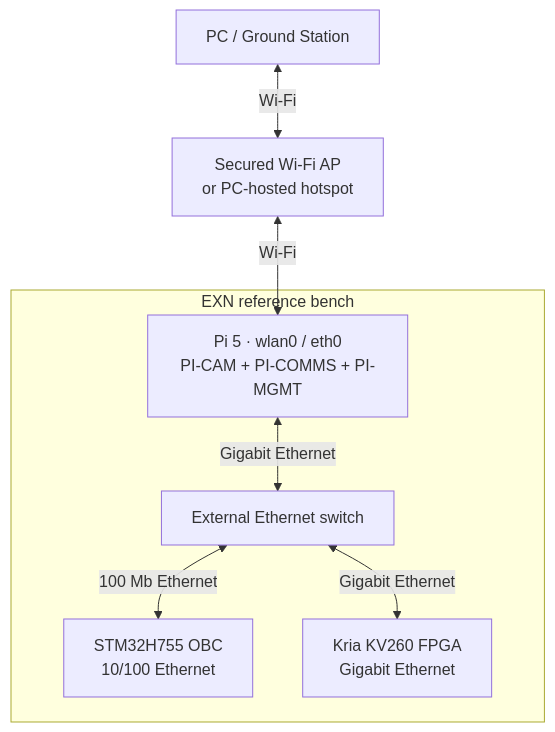
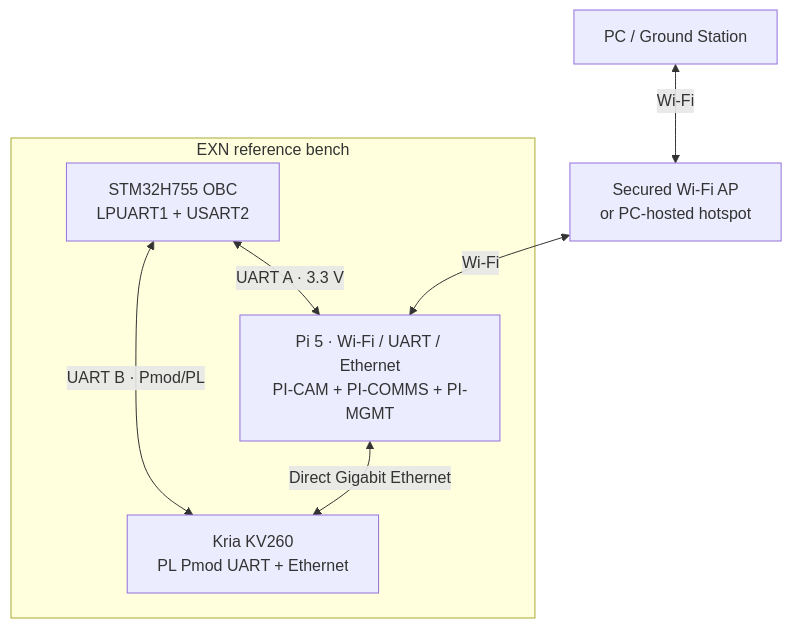
The third of 10 diagrams in docs/architecture.md (ExoSpaceLabs/exn), drawn with Mermaid before and after one commit. The commit also changed other lines of this file and 12 other files, not shown here.

First line of the commit message:
docs(exn): replace switched onboard Ethernet with dual UART control and direct Pi–KV260 data link (#9)

````diff
--- a/docs/architecture.md
+++ b/docs/architecture.md
@@ -111,16 +116,15 @@
 ```mermaid
 flowchart TB
   GS["PC / Ground Station"]
   WIFI["Secured Wi-Fi AP<br/>or PC-hosted hotspot"]
   subgraph BENCH["EXN reference bench"]
-    PI5["Pi 5 · wlan0 / eth0<br/>PI-CAM + PI-COMMS + PI-MGMT"]
-    SWITCH["External Ethernet switch"]
-    MCU["STM32H755 OBC<br/>10/100 Ethernet"]
-    FPGA["Kria KV260 FPGA<br/>Gigabit Ethernet"]
-    PI5 <-->|"Gigabit Ethernet"| SWITCH
-    SWITCH <-->|"100 Mb Ethernet"| MCU
-    SWITCH <-->|"Gigabit Ethernet"| FPGA
+    PI5["Pi 5 · Wi-Fi / UART / Ethernet<br/>PI-CAM + PI-COMMS + PI-MGMT"]
+    MCU["STM32H755 OBC<br/>LPUART1 + USART2"]
+    FPGA["Kria KV260<br/>PL Pmod UART + Ethernet"]
+    MCU <-->|"UART A · 3.3 V"| PI5
+    MCU <-->|"UART B · Pmod/PL"| FPGA
+    PI5 <-->|"Direct Gigabit Ethernet"| FPGA
   end
   GS <-->|"Wi-Fi"| WIFI
   WIFI <-->|"Wi-Fi"| PI5
 ```
````
